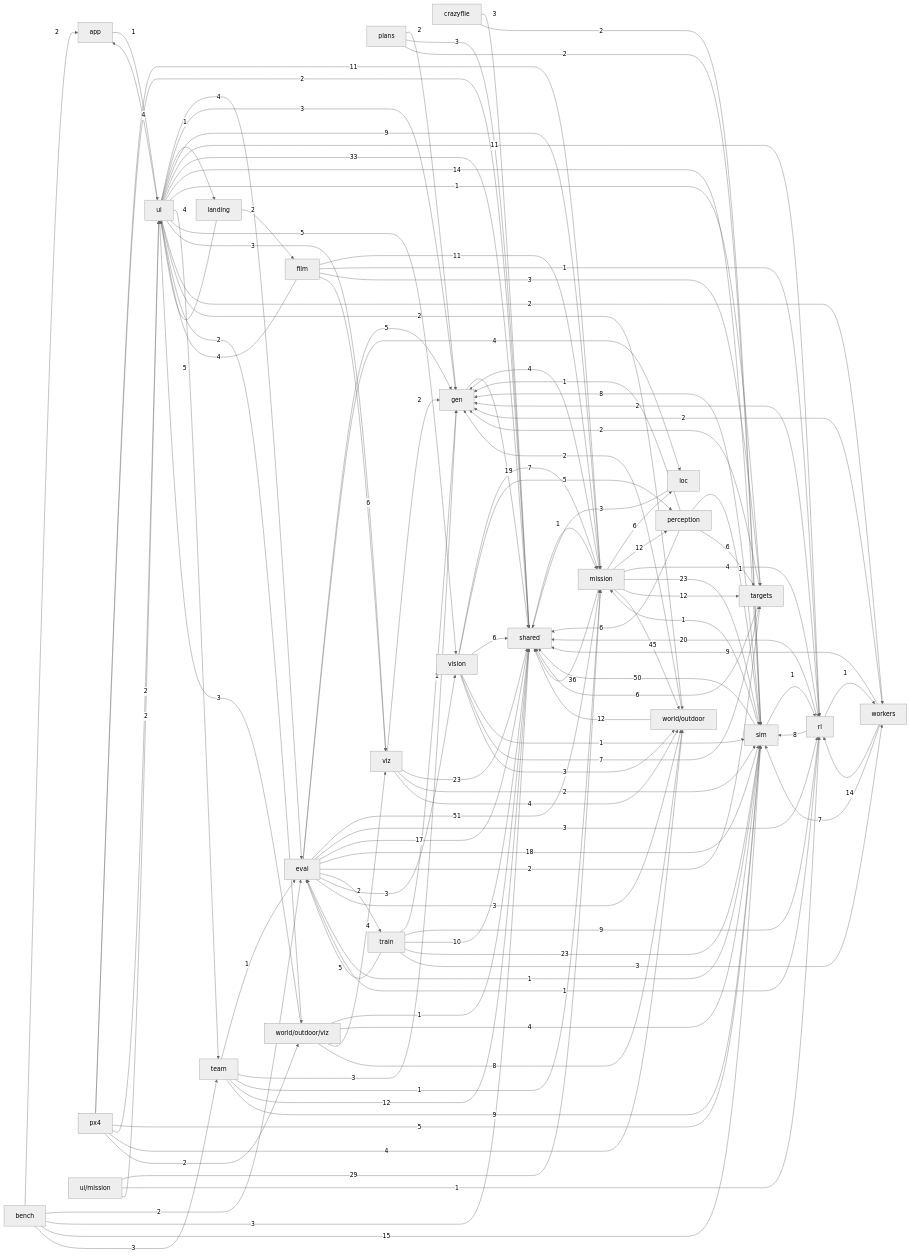
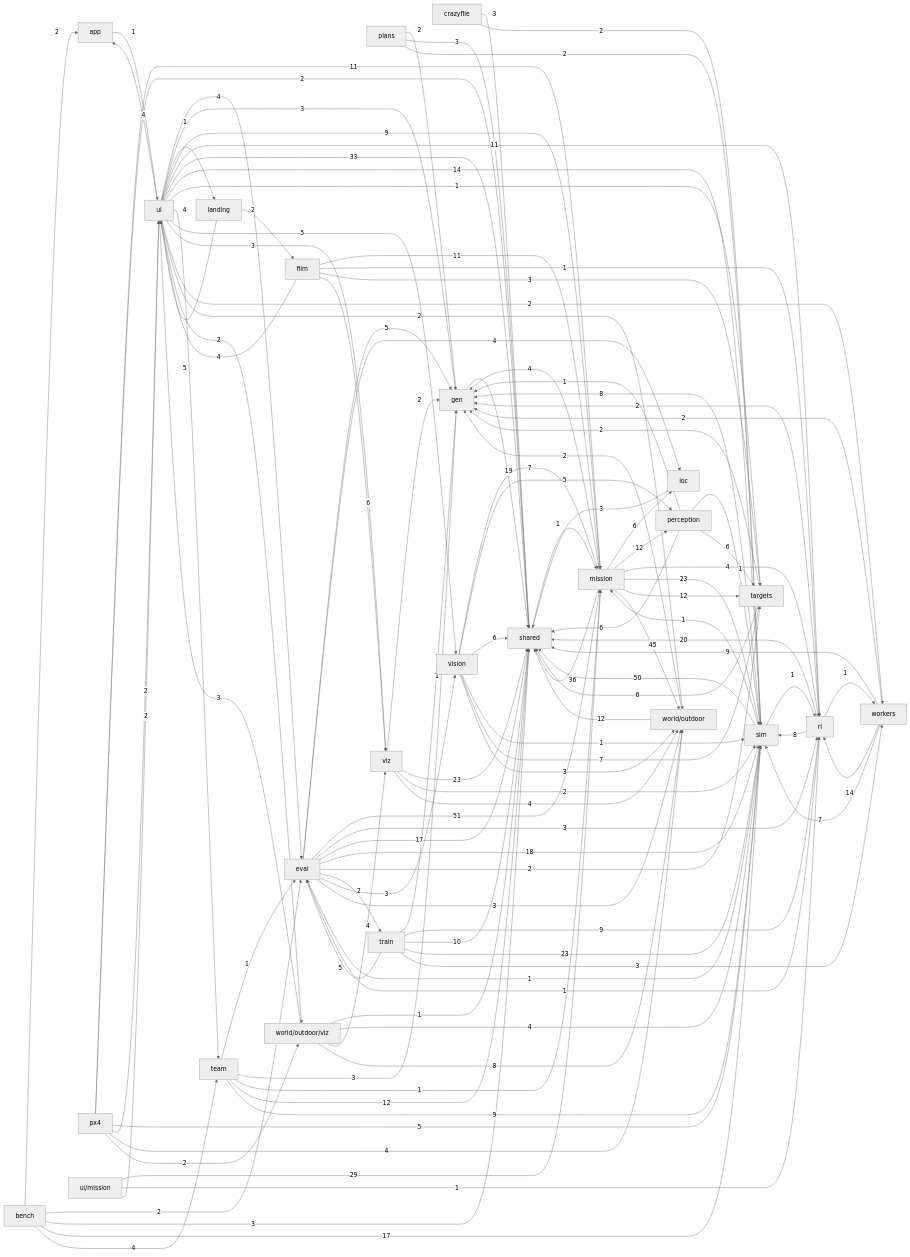
Before and after one commit to alexnieves-cs/frontier-fly: the second of 2 diagrams in docs/ARCHITECTURE.md, drawn with Mermaid (neutral theme). The commit also changed other lines of this file and 16 other files, not shown here.

```diff
--- a/docs/ARCHITECTURE.md
+++ b/docs/ARCHITECTURE.md
@@ -107,8 +107,8 @@
   bench -->|2| app
   bench -->|2| eval
   bench -->|3| shared
-  bench -->|15| sim
-  bench -->|3| team
+  bench -->|17| sim
+  bench -->|4| team
   crazyflie -->|3| shared
   crazyflie -->|2| sim
   eval -->|5| gen
```
